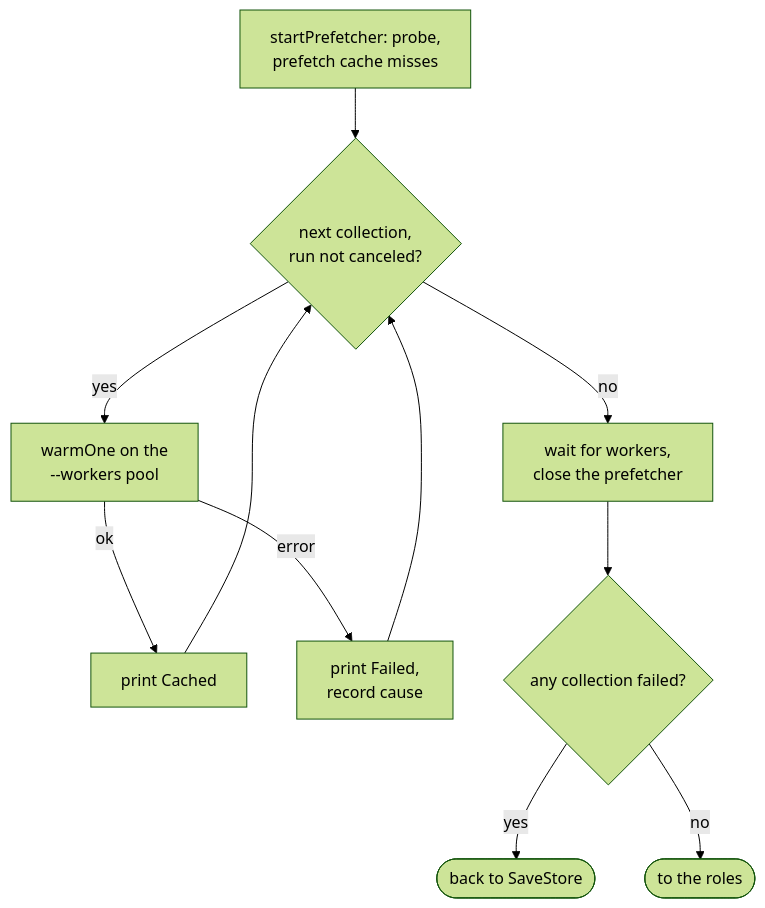
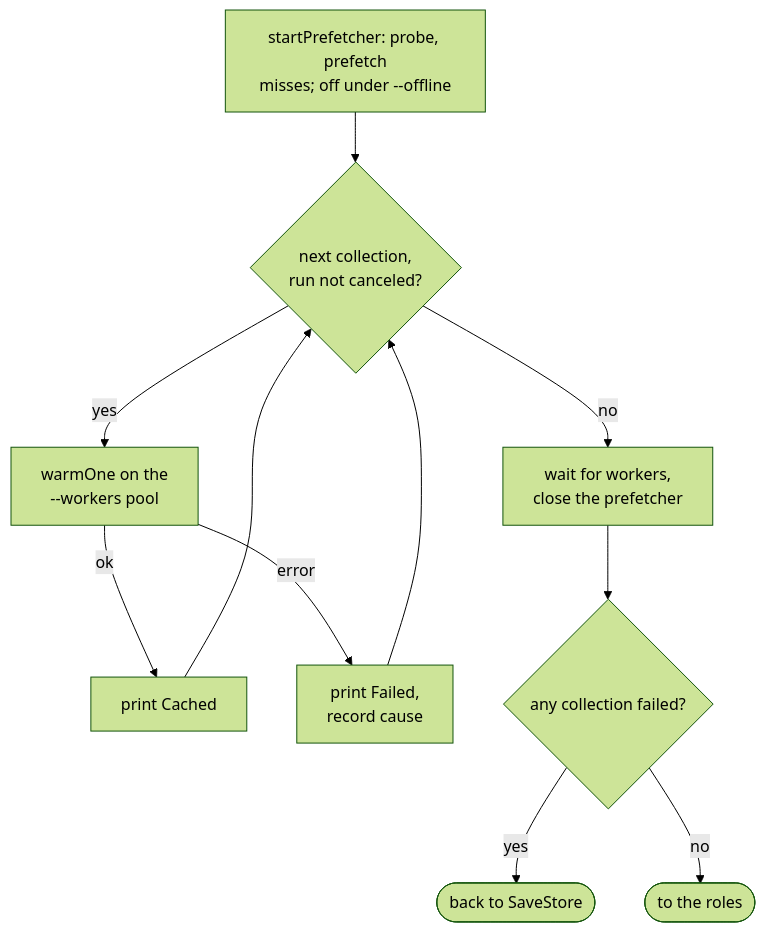
The third of 6 diagrams in docs/internals/flow-warm.md (greeddj/go-galaxy), drawn with Mermaid (forest theme) before and after one commit. The commit also changed other lines of this file and 17 other files, not shown here.

````diff
--- a/docs/internals/flow-warm.md
+++ b/docs/internals/flow-warm.md
@@ -66,13 +66,13 @@
 ```mermaid
 flowchart TD
-    P["startPrefetcher: probe,<br/>prefetch cache misses"] --> L{"next collection,<br/>run not canceled?"}
+    P["startPrefetcher: probe, prefetch<br/>misses; off under --offline"] --> L{"next collection,<br/>run not canceled?"}
     L -->|"yes"| W["warmOne on the<br/>--workers pool"]
     W -->|"ok"| OK1["print Cached"]
     W -->|"error"| F1["print Failed,<br/>record cause"]
     OK1 --> L
     F1 --> L
     L -->|"no"| J["wait for workers,<br/>close the prefetcher"]
     J --> A{"any collection failed?"}
     A -->|"yes"| S(["back to SaveStore"])
     A -->|"no"| RO(["to the roles"])
 ```
````
